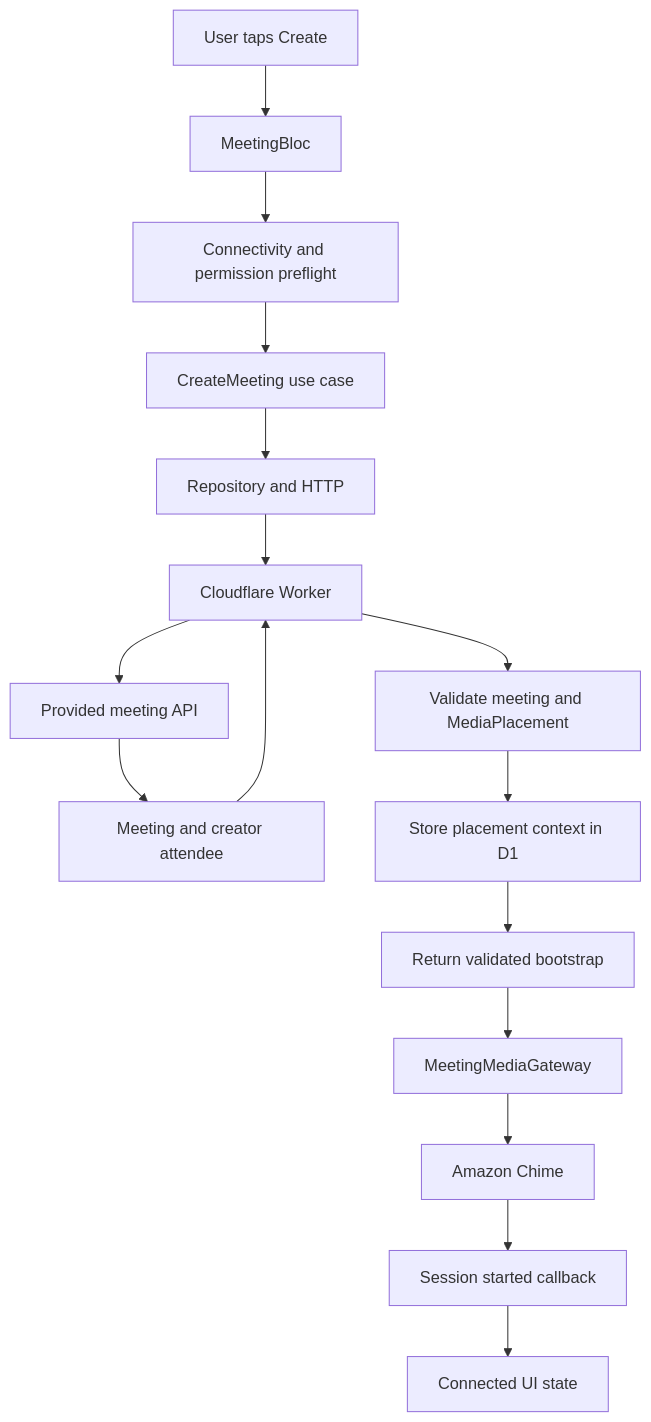
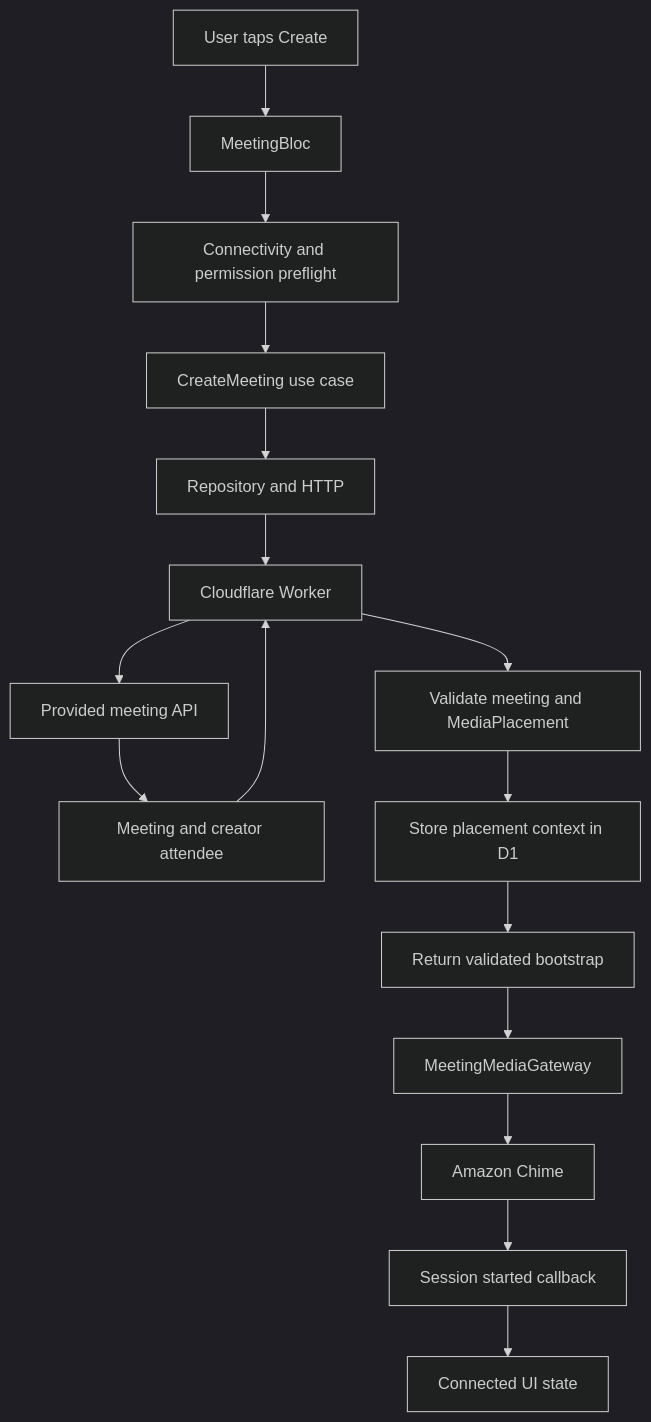
Before and after one commit to maharudraabhishek/chime_meeting_demo: the fourth of 10 diagrams in README.md, drawn with Mermaid. The commit also changed other lines of this file and 6 other files, not shown here.

````diff
--- a/README.md
+++ b/README.md
@@ -248,18 +323,19 @@
 ```mermaid
-flowchart TD
-    A[User taps Create] --> B[MeetingBloc]
-    B --> C[Connectivity and permission preflight]
-    C --> D[CreateMeeting use case]
-    D --> E[Repository and HTTP]
-    E --> F[Cloudflare Worker]
-    F --> G[Provided meeting API]
-    G --> H[Meeting and creator attendee]
-    H --> F
-    F --> I[Validate meeting and MediaPlacement]
-    I --> J[Store placement context in D1]
-    J --> K[Return validated bootstrap]
-    K --> L[MeetingMediaGateway]
-    L --> M[Amazon Chime]
-    M --> N[Session started callback]
-    N --> O[Connected UI state]
+%%{init: {"theme":"dark","darkMode":true}}%%
+graph TD;
+    A[User taps Create] --> B[MeetingBloc];
+    B --> C[Connectivity and permission preflight];
+    C --> D[CreateMeeting use case];
+    D --> E[Repository and HTTP];
+    E --> F[Cloudflare Worker];
+    F --> G[Provided meeting API];
+    G --> H[Meeting and creator attendee];
+    H --> F;
+    F --> I[Validate meeting and MediaPlacement];
+    I --> J[Store placement context in D1];
+    J --> K[Return validated bootstrap];
+    K --> L[MeetingMediaGateway];
+    L --> M[Amazon Chime];
+    M --> N[Session started callback];
+    N --> O[Connected UI state];
 ```
````
